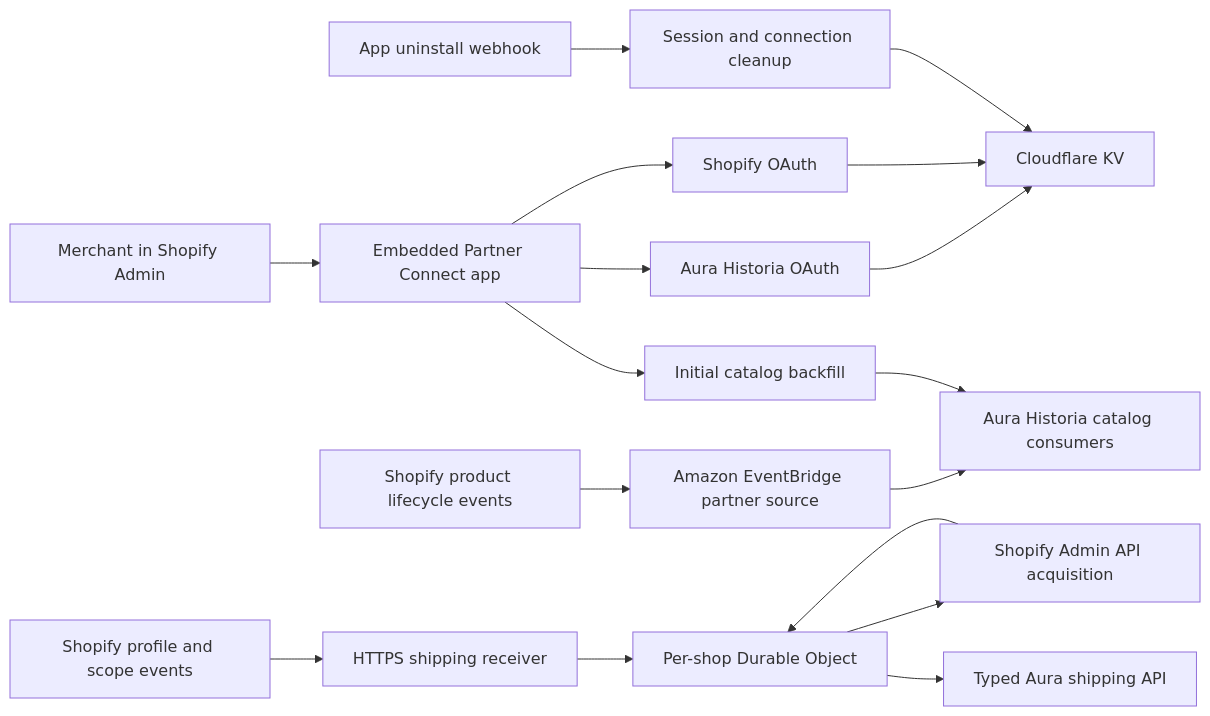
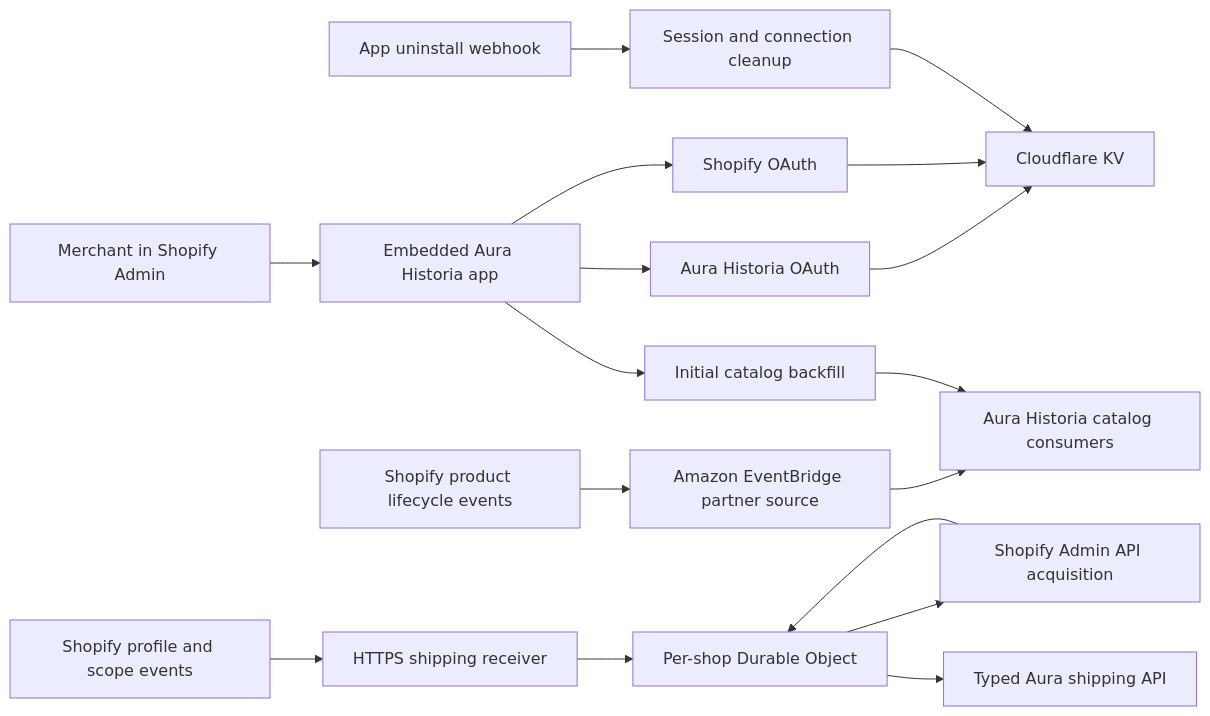
One commit to aura-historia/shopify-app changed the diagram in README.md. Above: the diagram before and after it, drawn with Mermaid. The commit also changed other lines of this file and 9 other files, not shown here.

First line of the commit message:
feat(#346): rename app to "Aura Historia" (#356)

````diff
--- a/README.md
+++ b/README.md
@@ -38,19 +38,19 @@
 ```mermaid
 flowchart LR
-    M[Merchant in Shopify Admin] --> I[Embedded Partner Connect app]
+    M[Merchant in Shopify Admin] --> I[Embedded Aura Historia app]
     I --> S[Shopify OAuth]
     I --> O[Aura Historia OAuth]
     O --> K[Cloudflare KV]
     S --> K
     P[Shopify product lifecycle events] --> E[Amazon EventBridge partner source]
     E --> A[Aura Historia catalog consumers]
     I --> B[Initial catalog backfill]
     B --> A
     U[App uninstall webhook] --> C[Session and connection cleanup]
     C --> K
     SP[Shopify profile and scope events] --> H[HTTPS shipping receiver]
     H --> D[Per-shop Durable Object]
     D --> G[Shopify Admin API acquisition]
     G --> D
     D --> SH[Typed Aura shipping API]
 ```
````
